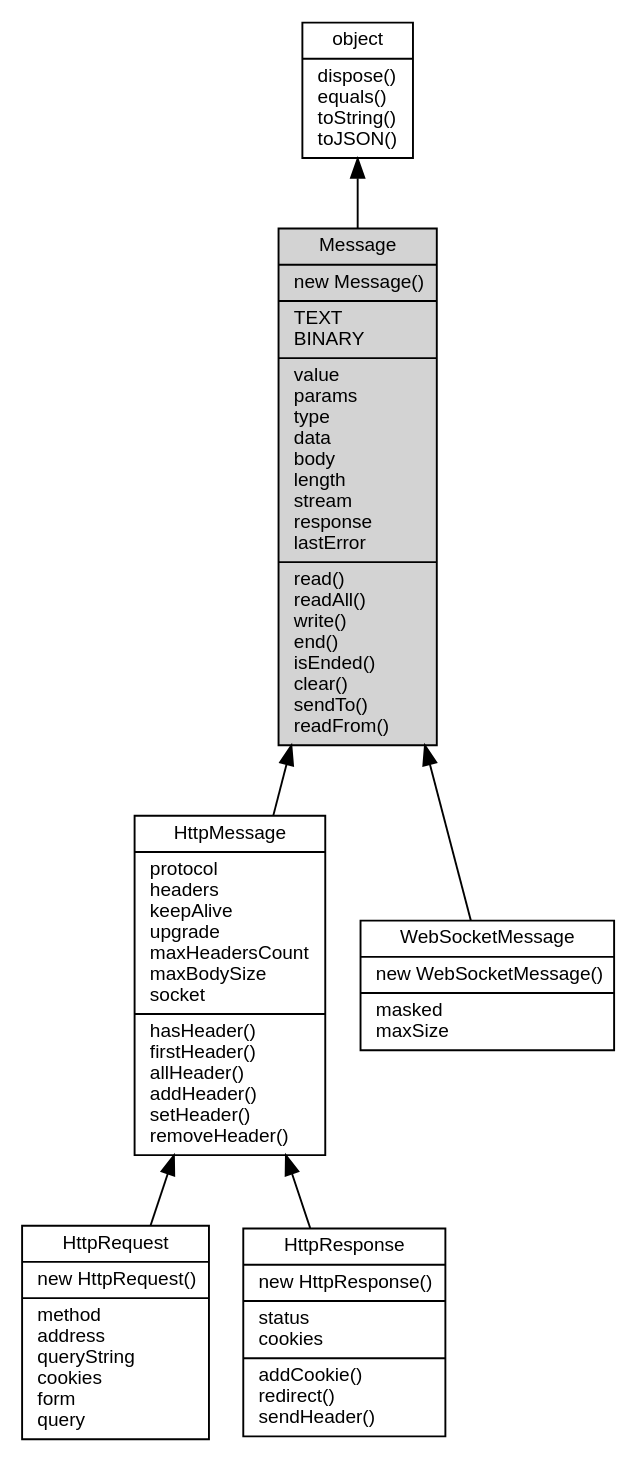
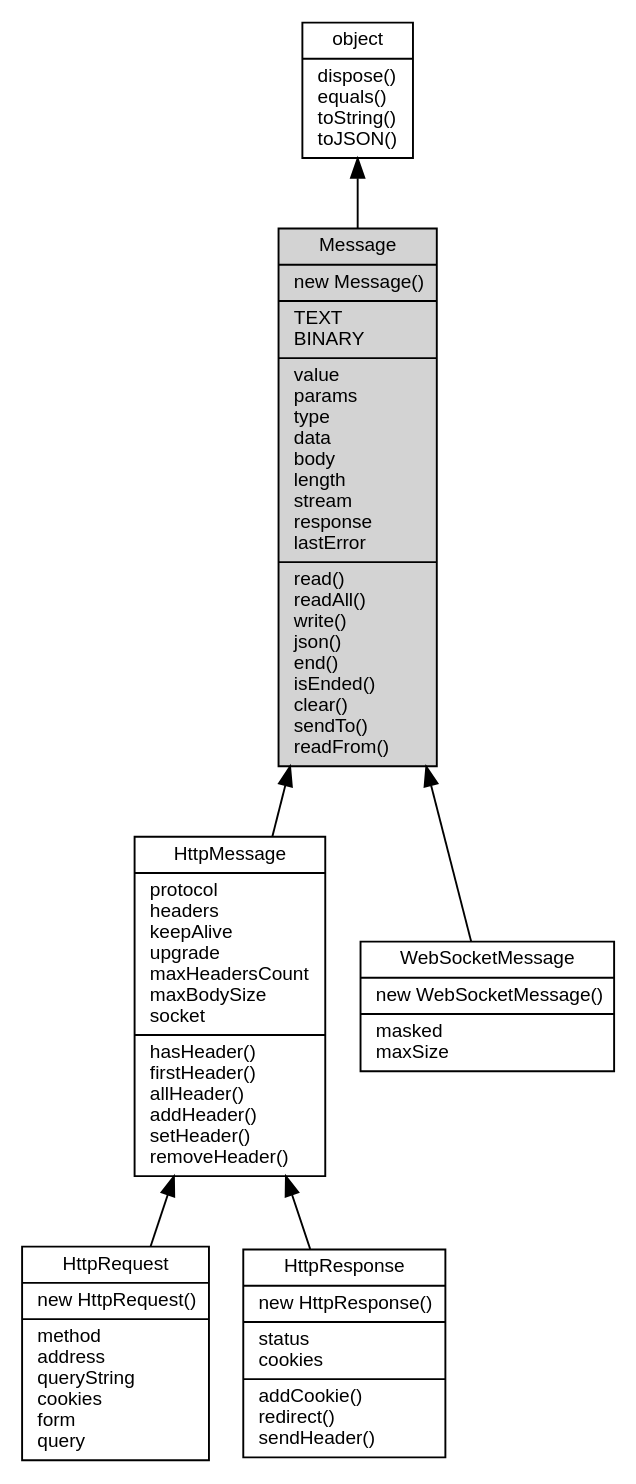
Before and after one commit to asionius/fibjs-ceph: the diagram in docs/manual/object/ifs/Message.md, drawn with Graphviz. The commit also changed other lines of this file and 125 other files, not shown here.

````diff
--- a/docs/manual/object/ifs/Message.md
+++ b/docs/manual/object/ifs/Message.md
@@ -12,18 +12,18 @@
 ```dot
 digraph {
     node [fontname="Helvetica,sans-Serif", fontsize=10, shape="record", style="filled", fillcolor="white"];
 
     object [tooltip="object", URL="object.md", label="{object|dispose()\lequals()\ltoString()\ltoJSON()\l}"];
-    Message [tooltip="Message", fillcolor="lightgray", label="{Message|new Message()\l|TEXT\lBINARY\l|value\lparams\ltype\ldata\lbody\llength\lstream\lresponse\llastError\l|read()\lreadAll()\lwrite()\lend()\lisEnded()\lclear()\lsendTo()\lreadFrom()\l}"];
+    Message [tooltip="Message", fillcolor="lightgray", label="{Message|new Message()\l|TEXT\lBINARY\l|value\lparams\ltype\ldata\lbody\llength\lstream\lresponse\llastError\l|read()\lreadAll()\lwrite()\ljson()\lend()\lisEnded()\lclear()\lsendTo()\lreadFrom()\l}"];
     HttpMessage [tooltip="HttpMessage", URL="HttpMessage.md", label="{HttpMessage|protocol\lheaders\lkeepAlive\lupgrade\lmaxHeadersCount\lmaxBodySize\lsocket\l|hasHeader()\lfirstHeader()\lallHeader()\laddHeader()\lsetHeader()\lremoveHeader()\l}"];
     HttpRequest [tooltip="HttpRequest", URL="HttpRequest.md", label="{HttpRequest|new HttpRequest()\l|method\laddress\lqueryString\lcookies\lform\lquery\l}"];
     HttpResponse [tooltip="HttpResponse", URL="HttpResponse.md", label="{HttpResponse|new HttpResponse()\l|status\lcookies\l|addCookie()\lredirect()\lsendHeader()\l}"];
     WebSocketMessage [tooltip="WebSocketMessage", URL="WebSocketMessage.md", label="{WebSocketMessage|new WebSocketMessage()\l|masked\lmaxSize\l}"];
 
     object -> Message [dir=back];
     Message -> HttpMessage [dir=back];
     HttpMessage -> HttpRequest [dir=back];
     HttpMessage -> HttpResponse [dir=back];
     Message -> WebSocketMessage [dir=back];
 }
 ```
````
